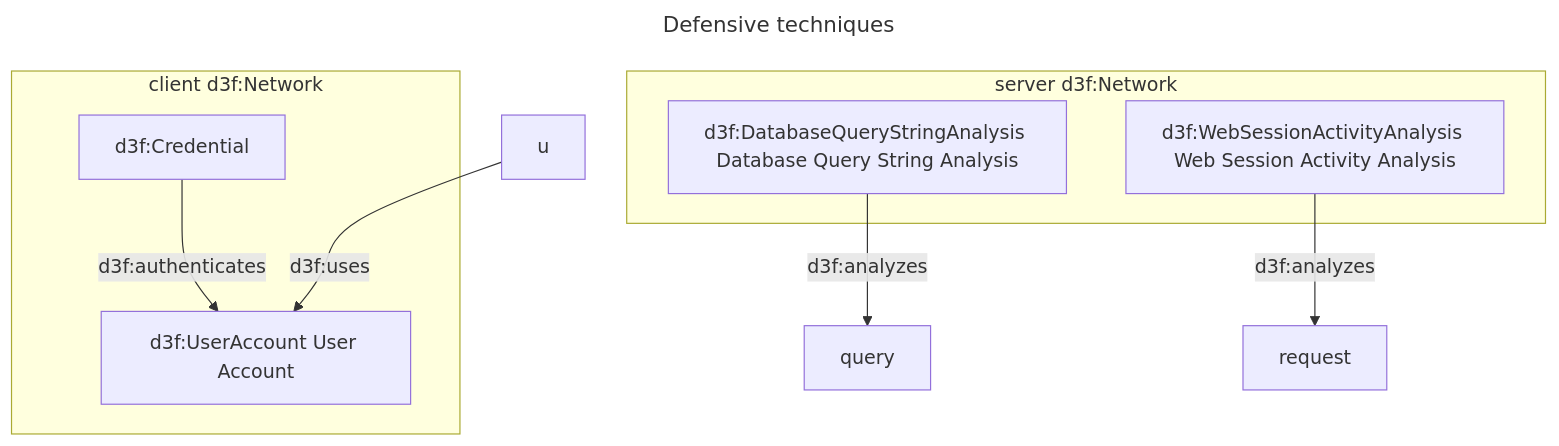
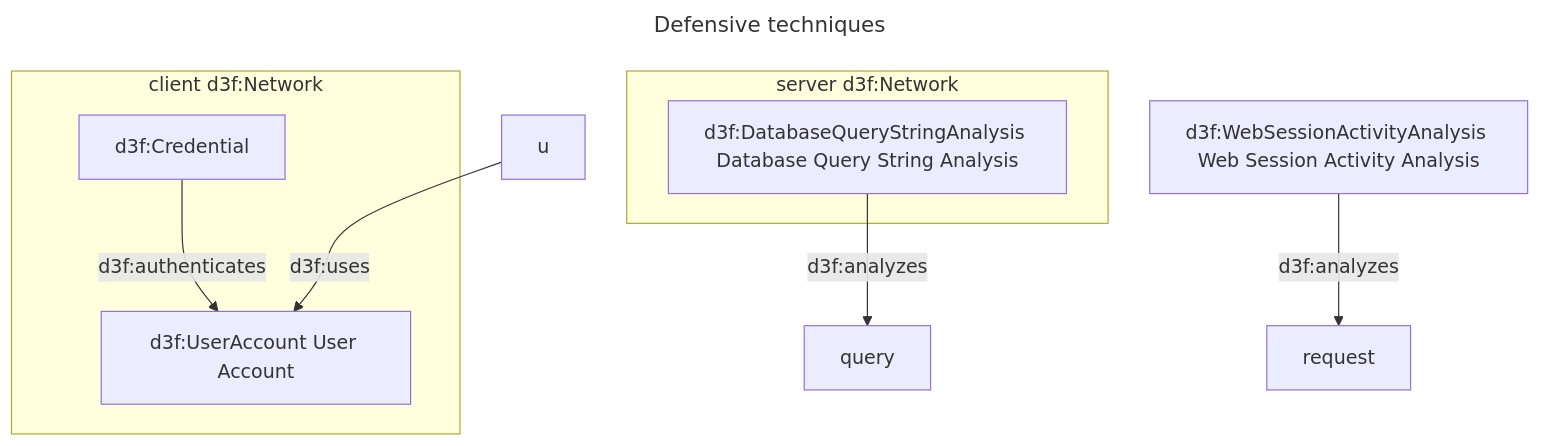
The fourth of 6 diagrams in app/src/data/examples/002-webapp.md (ioggstream/d3sign), drawn with Mermaid before and after one commit. The commit also changed other lines of this file and 22 other files, not shown here.

````diff
--- a/app/src/data/examples/002-webapp.md
+++ b/app/src/data/examples/002-webapp.md
@@ -62,25 +65,26 @@
 ```mermaid
 ---
 id: defenses
 title: Defensive techniques
 ---
 graph
 
 %% Artifacts
 subgraph client[client d3f:Network]
   password[d3f:Credential]
   account[d3f:UserAccount User Account]
 end
 
 password -->|d3f:authenticates| account
 u -->|d3f:uses| account
 
 %% Techniques
 subgraph server [server  d3f:Network]
-  request-validation[d3f:WebSessionActivityAnalysis Web Session Activity Analysis]
   query-sanitization[d3f:DatabaseQueryStringAnalysis Database Query String Analysis]
 end
+
+request-validation[d3f:WebSessionActivityAnalysis Web Session Activity Analysis]
 
 query-sanitization -->|d3f:analyzes| query
 request-validation -->|d3f:analyzes| request
 ```
````
